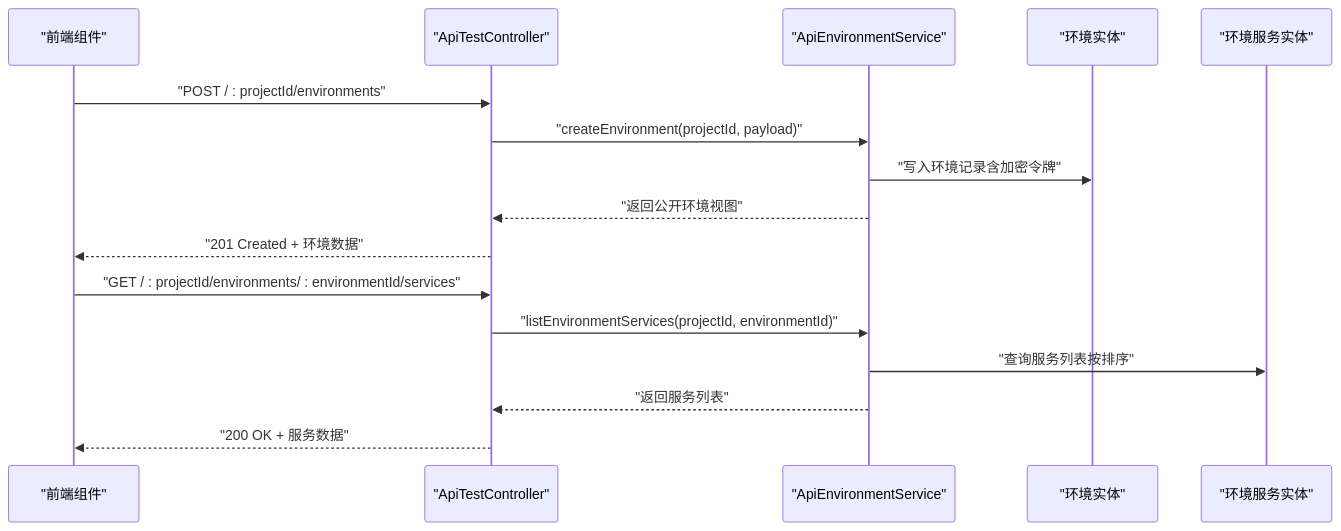
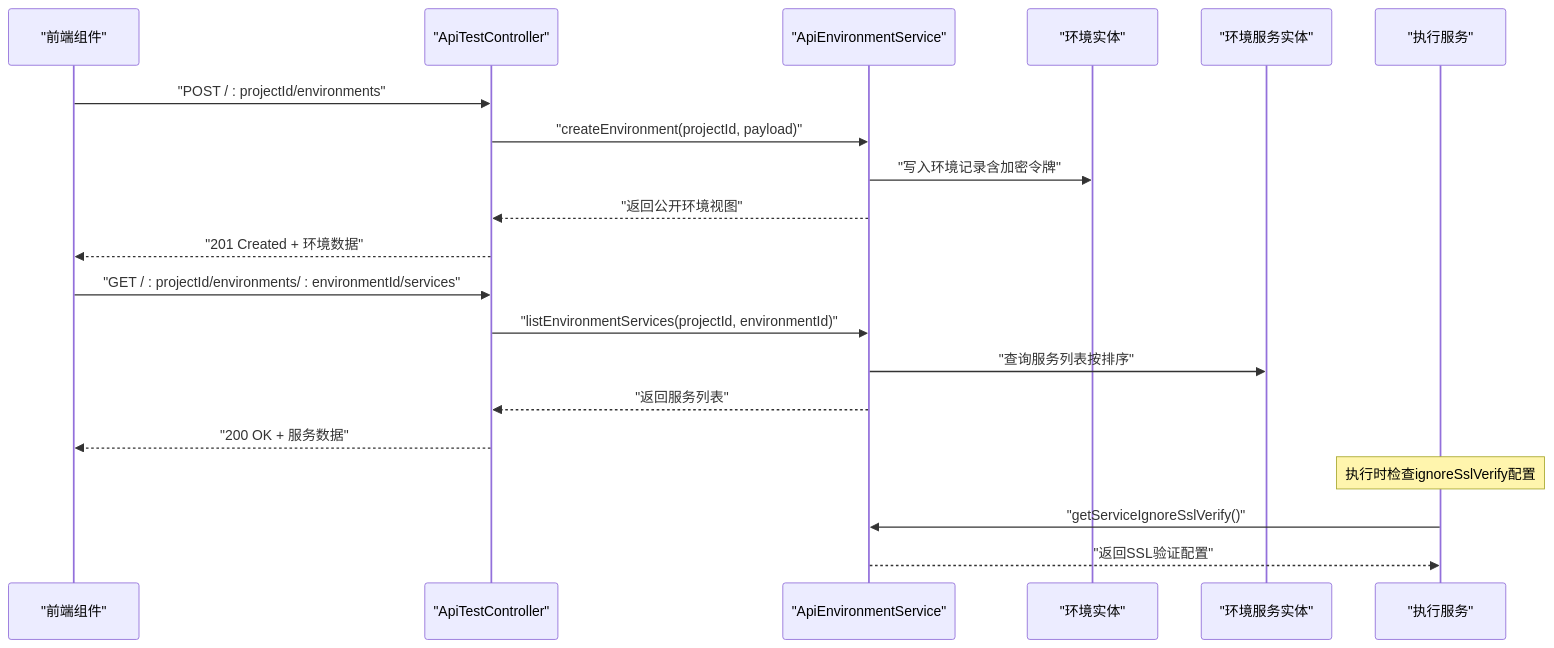
One commit to Lichhu/caseForge changed the second of 6 diagrams in .qoder/repowiki/zh/content/API 参考文档/API 测试 API/环境配置管理.md. Above: the diagram before and after it, drawn with Mermaid. The commit also changed other lines of this file and 8 other files, not shown here.

````diff
--- a/.qoder/repowiki/zh/content/API 参考文档/API 测试 API/环境配置管理.md
+++ b/.qoder/repowiki/zh/content/API 参考文档/API 测试 API/环境配置管理.md
@@ -102,18 +111,22 @@
 ```mermaid
 sequenceDiagram
 participant FE as "前端组件"
 participant CTRL as "ApiTestController"
 participant SVC as "ApiEnvironmentService"
 participant ENV as "环境实体"
 participant SRV as "环境服务实体"
+participant EXEC as "执行服务"
 FE->>CTRL : "POST / : projectId/environments"
 CTRL->>SVC : "createEnvironment(projectId, payload)"
 SVC->>ENV : "写入环境记录含加密令牌"
 SVC-->>CTRL : "返回公开环境视图"
 CTRL-->>FE : "201 Created + 环境数据"
 FE->>CTRL : "GET / : projectId/environments/ : environmentId/services"
 CTRL->>SVC : "listEnvironmentServices(projectId, environmentId)"
 SVC->>SRV : "查询服务列表按排序"
 SVC-->>CTRL : "返回服务列表"
 CTRL-->>FE : "200 OK + 服务数据"
+Note over EXEC : 执行时检查ignoreSslVerify配置
+EXEC->>SVC : "getServiceIgnoreSslVerify()"
+SVC-->>EXEC : "返回SSL验证配置"
 ```
````
